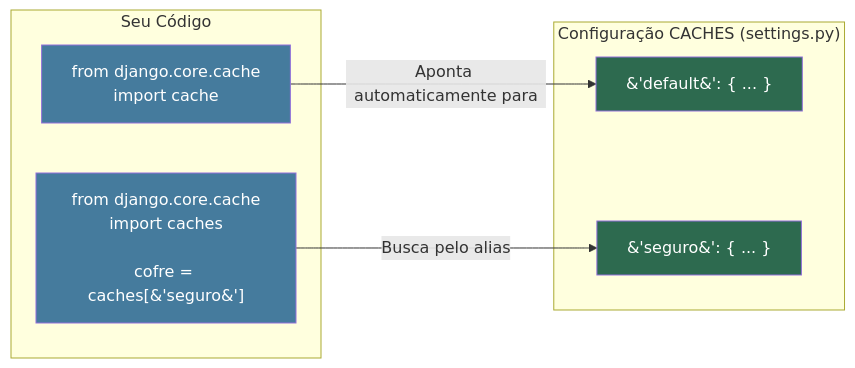
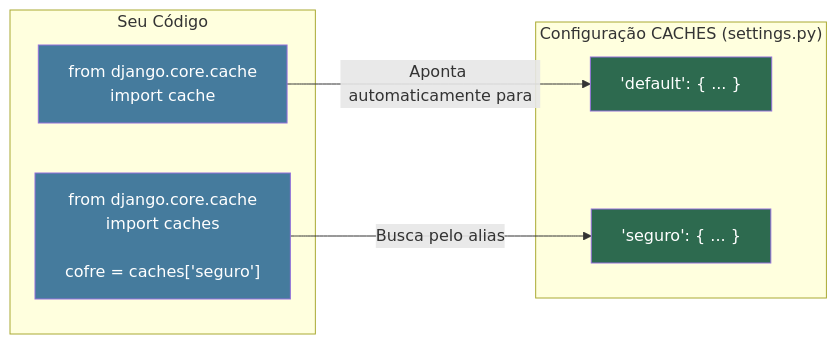
The fourth of 6 diagrams in Cache/Aula 2.1 - Arquitetura do cache no Django.md (Leonardo-P-Monteiro/ROAD_MAPS_STUDIES), drawn with Mermaid before and after one commit. The commit also changed 1 other file, not shown here.

Commit message:
STANDARD COMMIT

````diff
--- a/Cache/Aula 2.1 - Arquitetura do cache no Django.md
+++ b/Cache/Aula 2.1 - Arquitetura do cache no Django.md
@@ -201,20 +201,20 @@
 ```mermaid
 flowchart LR
     subgraph seu_codigo ["Seu Código"]
         A1["from django.core.cache<br/>import cache"]
-        A2["from django.core.cache<br/>import caches<br/><br/>cofre = caches[&#39;seguro&#39;]"]
+        A2["from django.core.cache<br/>import caches<br/><br/>cofre = caches['seguro']"]
     end
 
     subgraph config_caches ["Configuração CACHES (settings.py)"]
-        B1["&#39;default&#39;: { ... }"]
-        B2["&#39;seguro&#39;: { ... }"]
+        B1["'default': { ... }"]
+        B2["'seguro': { ... }"]
     end
 
     A1 -->|Aponta automaticamente para| B1
     A2 -->|Busca pelo alias| B2
 
     style A1 fill:#457b9d,color:#fff
     style A2 fill:#457b9d,color:#fff
     style B1 fill:#2d6a4f,color:#fff
     style B2 fill:#2d6a4f,color:#fff
 ```
````
